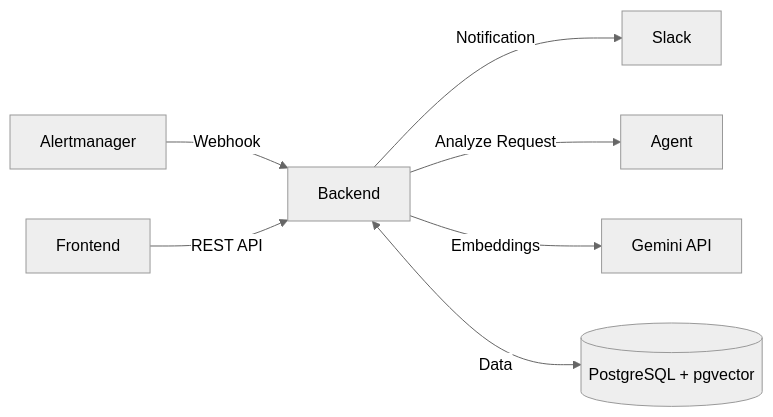
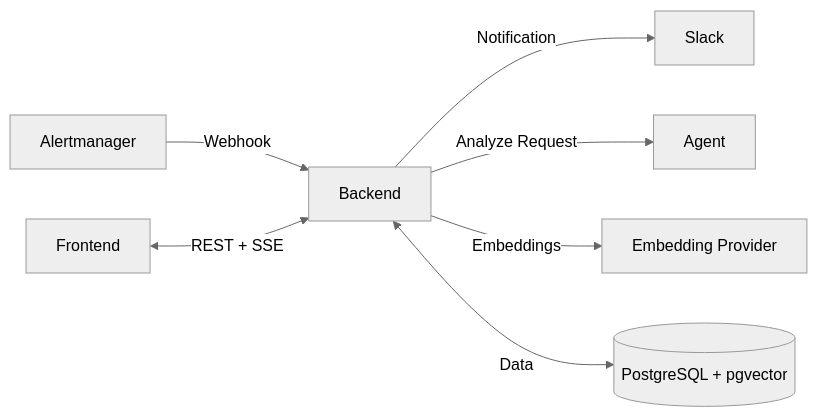
One commit to kube-rca/kuberca changed the diagram in backend/README.md. Above: the diagram before and after it, drawn with Mermaid (neutral theme). The commit also changed other lines of this file and 5 other files, not shown here.

````diff
--- a/backend/README.md
+++ b/backend/README.md
@@ -37,9 +38,9 @@
 ```mermaid
 flowchart LR
   AM[Alertmanager] -->|Webhook| BE[Backend]
   BE -->|Notification| SL[Slack]
   BE -->|Analyze Request| AG[Agent]
-  BE -->|Embeddings| LLM[Gemini API]
+  BE -->|Embeddings| LLM[Embedding Provider]
   BE <-->|Data| PG[(PostgreSQL + pgvector)]
-  FE[Frontend] -->|REST API| BE
+  FE[Frontend] <-->|REST + SSE| BE
 ```
````
